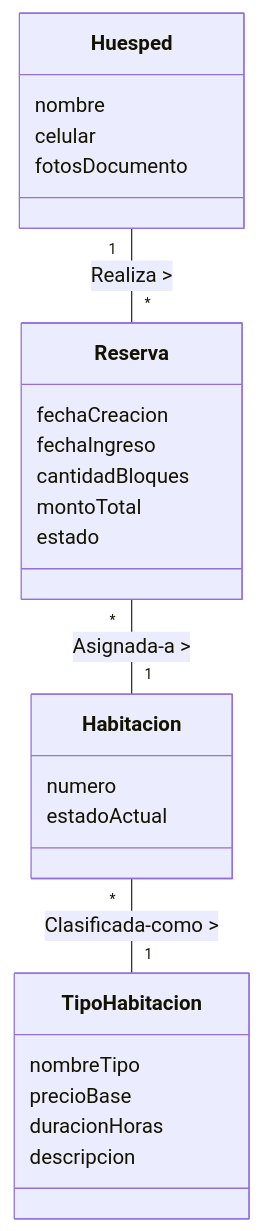
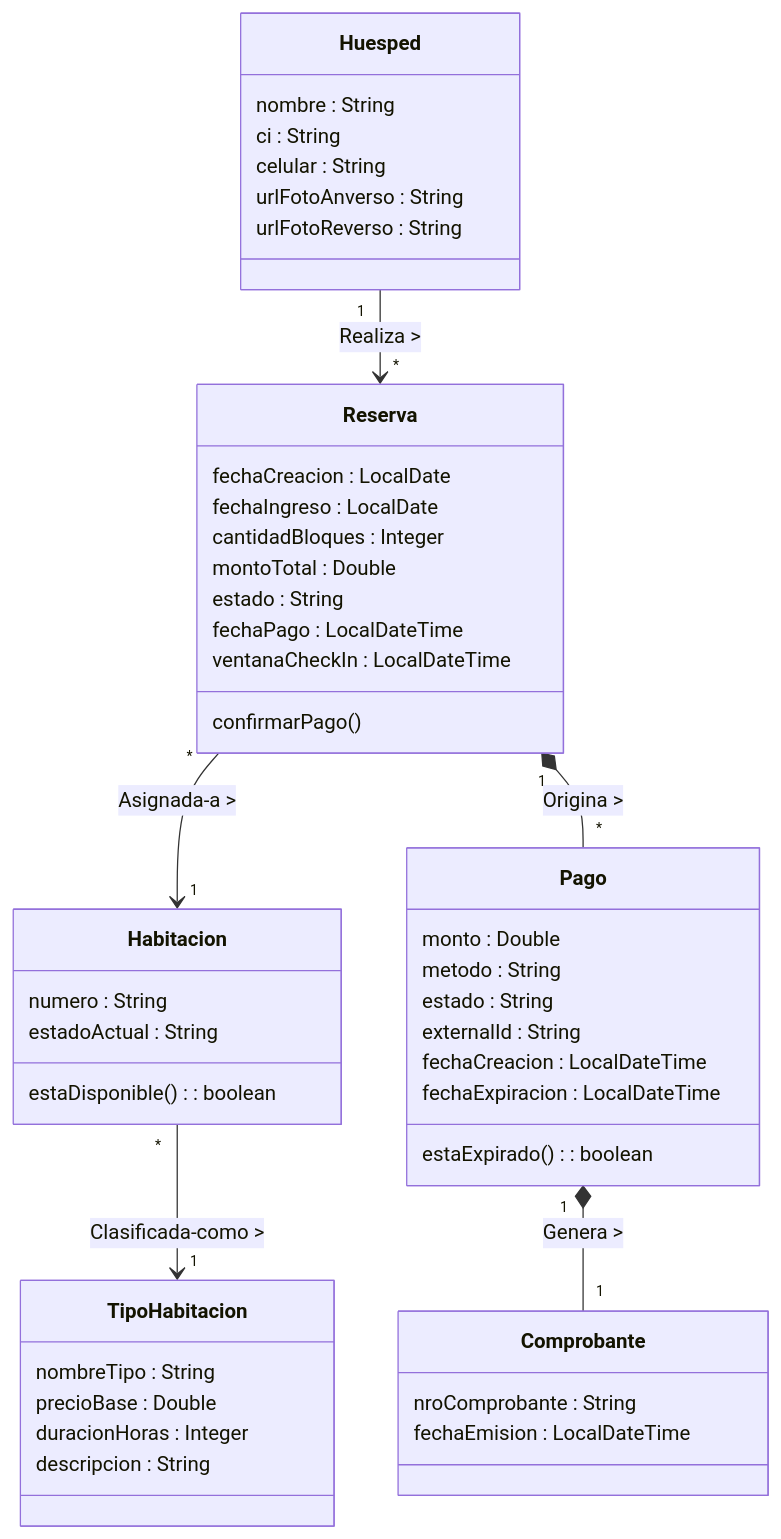
Before and after one commit to Tsmrain/GestionSistemas: the diagram in 01_Modelado_Negocio/ModeloDominio.mmd, drawn with Mermaid. The commit also changed 1 other file, not shown here.

Commit message:
docs: update domain model (Pago, Comprobante) and CU-03 frontend API contract v2

```diff
--- a/01_Modelado_Negocio/ModeloDominio.mmd
+++ b/01_Modelado_Negocio/ModeloDominio.mmd
@@ -1,27 +1,61 @@
 classDiagram
     direction TB
+
+    %% ── Conceptual Domain Model (Larman Cap. 9) ────────────────────────────────
+    %% Fuente autoritativa: codigo en domain/models/
+    %% Baja Brecha de Representación: cada clase, atributo y relación aquí
+    %% tiene su equivalente exacto en el código Java.
+
     class Huesped {
-        nombre
-        celular
-        fotosDocumento
+        nombre : String
+        ci : String
+        celular : String
+        urlFotoAnverso : String
+        urlFotoReverso : String
     }
+
     class Reserva {
-        fechaCreacion
-        fechaIngreso
-        cantidadBloques
-        montoTotal
-        estado
+        fechaCreacion : LocalDate
+        fechaIngreso : LocalDate
+        cantidadBloques : Integer
+        montoTotal : Double
+        estado : String
+        fechaPago : LocalDateTime
+        ventanaCheckIn : LocalDateTime
+        confirmarPago()
     }
+
     class Habitacion {
-        numero
-        estadoActual
+        numero : String
+        estadoActual : String
+        estaDisponible() : boolean
     }
+
     class TipoHabitacion {
-        nombreTipo
-        precioBase
-        duracionHoras
-        descripcion
+        nombreTipo : String
+        precioBase : Double
+        duracionHoras : Integer
+        descripcion : String
     }
-    Huesped "1" -- "*" Reserva : Realiza >
-    Reserva "*" -- "1" Habitacion : Asignada-a >
-    Habitacion "*" -- "1" TipoHabitacion : Clasificada-como >
+
+    class Pago {
+        monto : Double
+        metodo : String
+        estado : String
+        externalId : String
+        fechaCreacion : LocalDateTime
+        fechaExpiracion : LocalDateTime
+        estaExpirado() : boolean
+    }
+
+    class Comprobante {
+        nroComprobante : String
+        fechaEmision : LocalDateTime
+    }
+
+    %% ── Relaciones ────────────────────────────────────────────────────────────
+    Huesped       "1"  --> "*"  Reserva      : Realiza >
+    Reserva       "*"  --> "1"  Habitacion   : Asignada-a >
+    Habitacion    "*"  --> "1"  TipoHabitacion : Clasificada-como >
+    Reserva       "1"  *--  "*"  Pago         : Origina >
+    Pago          "1"  *--  "1"  Comprobante  : Genera >
```
